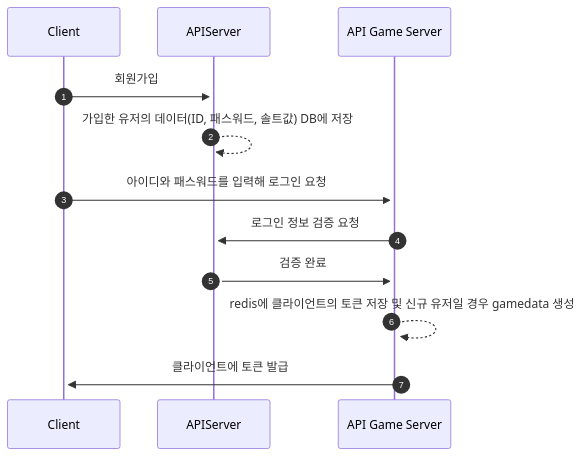
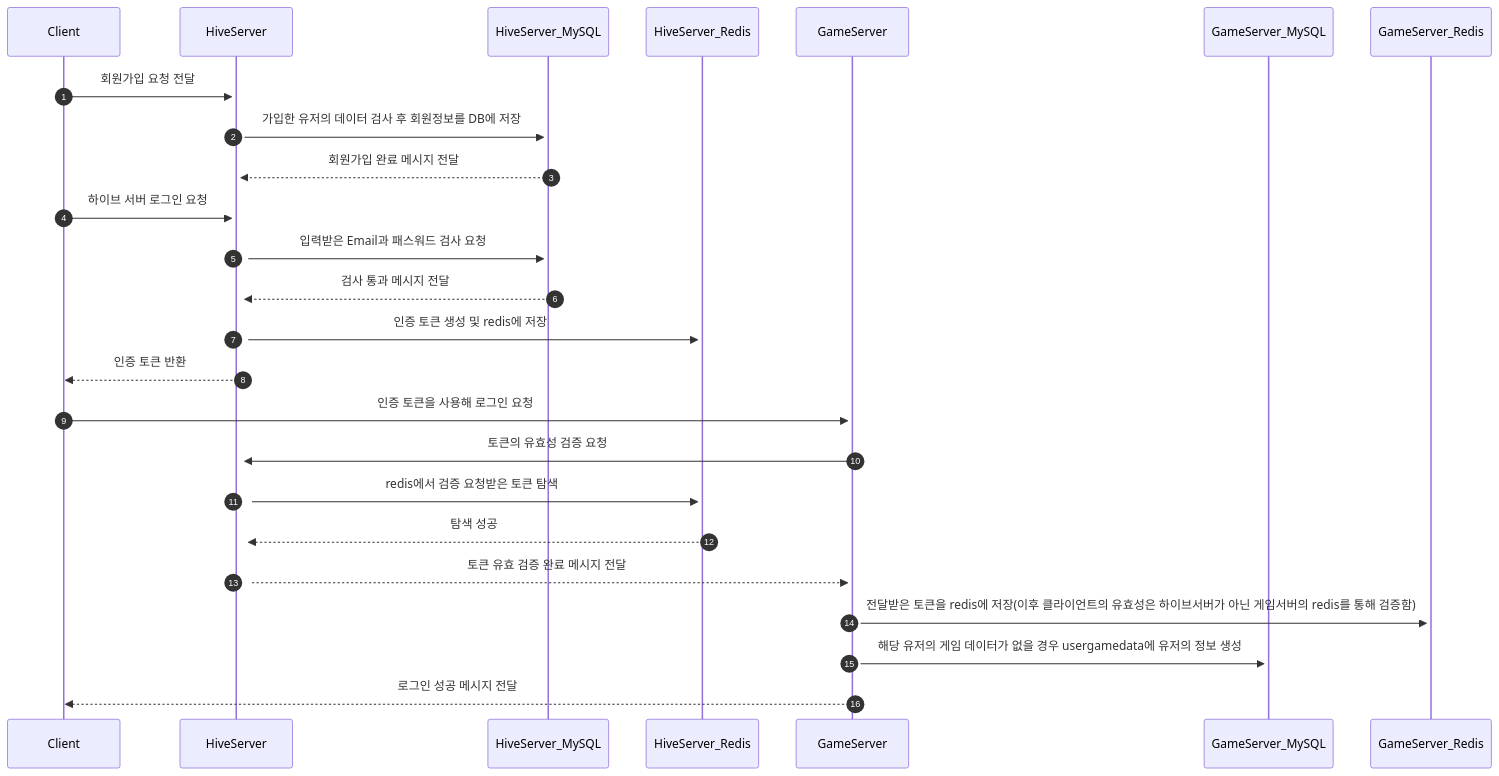
Before and after one commit to KMH8359/ServerCampus_APIServer: the diagram in SequenceDiagram.md, drawn with Mermaid.

````diff
--- a/SequenceDiagram.md
+++ b/SequenceDiagram.md
@@ -1,17 +1,30 @@
 ```mermaid
   sequenceDiagram
     participant client as Client
-    participant apiserver as APIServer
-    participant apigameserver as API Game Server
+    participant hiveserver as HiveServer
+    participant hiveserver_mysql as HiveServer_MySQL
+    participant hiveserver_redis as HiveServer_Redis
+    participant gameserver as GameServer
+    participant gameserver_mysql as GameServer_MySQL
+    participant gameserver_redis as GameServer_Redis
     
     autonumber
     
-    client ->>+ apiserver: 회원가입
-    apiserver -->> apiserver: 가입한 유저의 데이터(ID, 패스워드, 솔트값) DB에 저장
-    client ->>+ apigameserver: 아이디와 패스워드를 입력해 로그인 요청
-    apigameserver ->> apiserver: 로그인 정보 검증 요청
-    apiserver ->>+ apigameserver: 검증 완료
-    apigameserver -->> apigameserver: redis에 클라이언트의 토큰 저장 및 신규 유저일 경우 gamedata 생성
-    apigameserver ->>+ client: 클라이언트에 토큰 발급
+    client ->>+ hiveserver: 회원가입 요청 전달
+    hiveserver ->>+ hiveserver_mysql: 가입한 유저의 데이터 검사 후 회원정보를 DB에 저장
+    hiveserver_mysql -->> hiveserver: 회원가입 완료 메시지 전달
+    client ->>+ hiveserver: 하이브 서버 로그인 요청
+    hiveserver ->>+ hiveserver_mysql: 입력받은 Email과 패스워드 검사 요청
+    hiveserver_mysql -->> hiveserver: 검사 통과 메시지 전달
+    hiveserver ->>+ hiveserver_redis: 인증 토큰 생성 및 redis에 저장
+    hiveserver -->> client: 인증 토큰 반환
+    client ->>+ gameserver: 인증 토큰을 사용해 로그인 요청
+    gameserver ->>+ hiveserver: 토큰의 유효성 검증 요청
+    hiveserver ->>+ hiveserver_redis: redis에서 검증 요청받은 토큰 탐색
+    hiveserver_redis -->> hiveserver: 탐색 성공 
+    hiveserver -->> gameserver: 토큰 유효 검증 완료 메시지 전달
+    gameserver ->>+ gameserver_redis: 전달받은 토큰을 redis에 저장(이후 클라이언트의 유효성은 하이브서버가 아닌 게임서버의 redis를 통해 검증함)
+    gameserver ->>+ gameserver_mysql: 해당 유저의 게임 데이터가 없을 경우 usergamedata에 유저의 정보 생성
+    gameserver -->> client: 로그인 성공 메시지 전달
 
 ```
````
